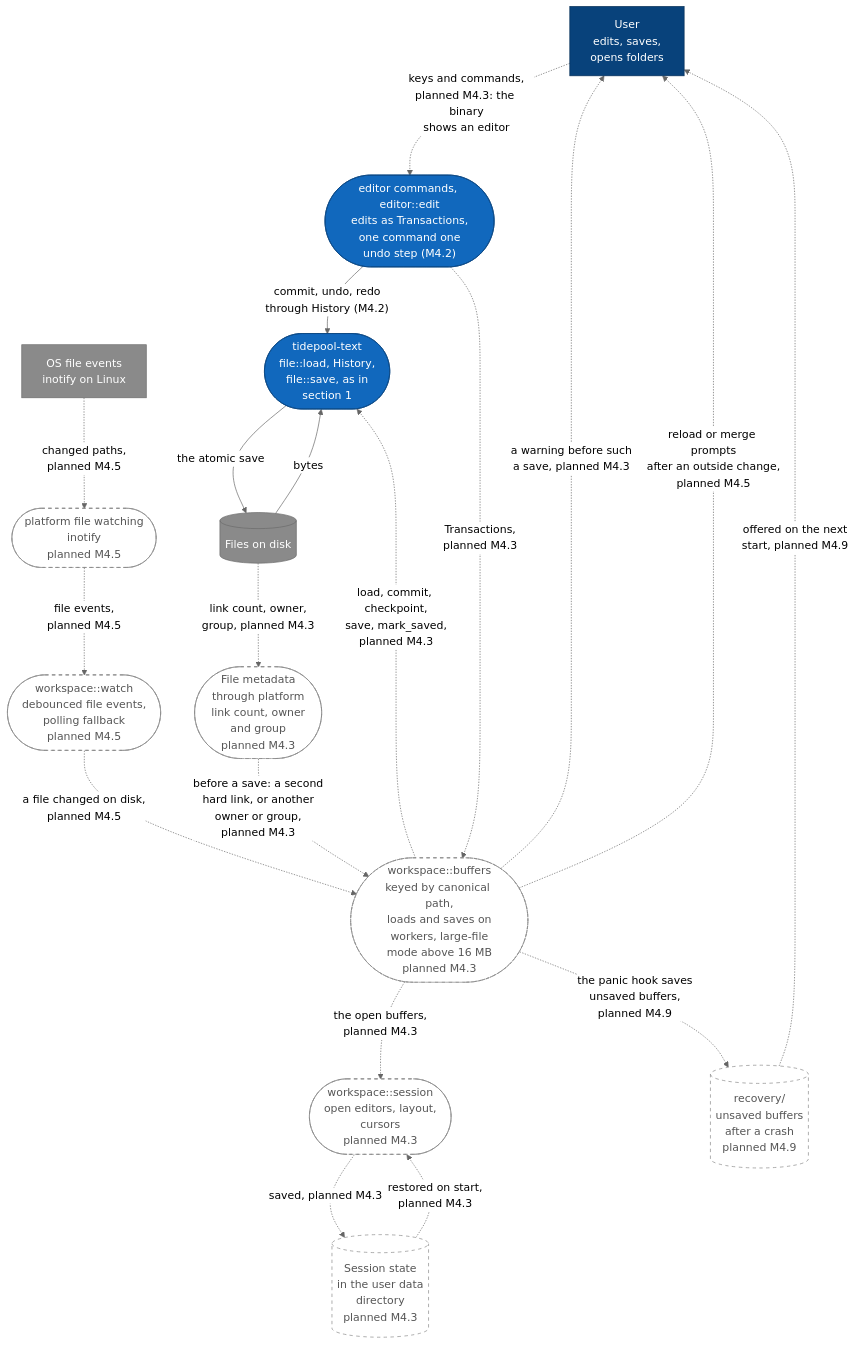
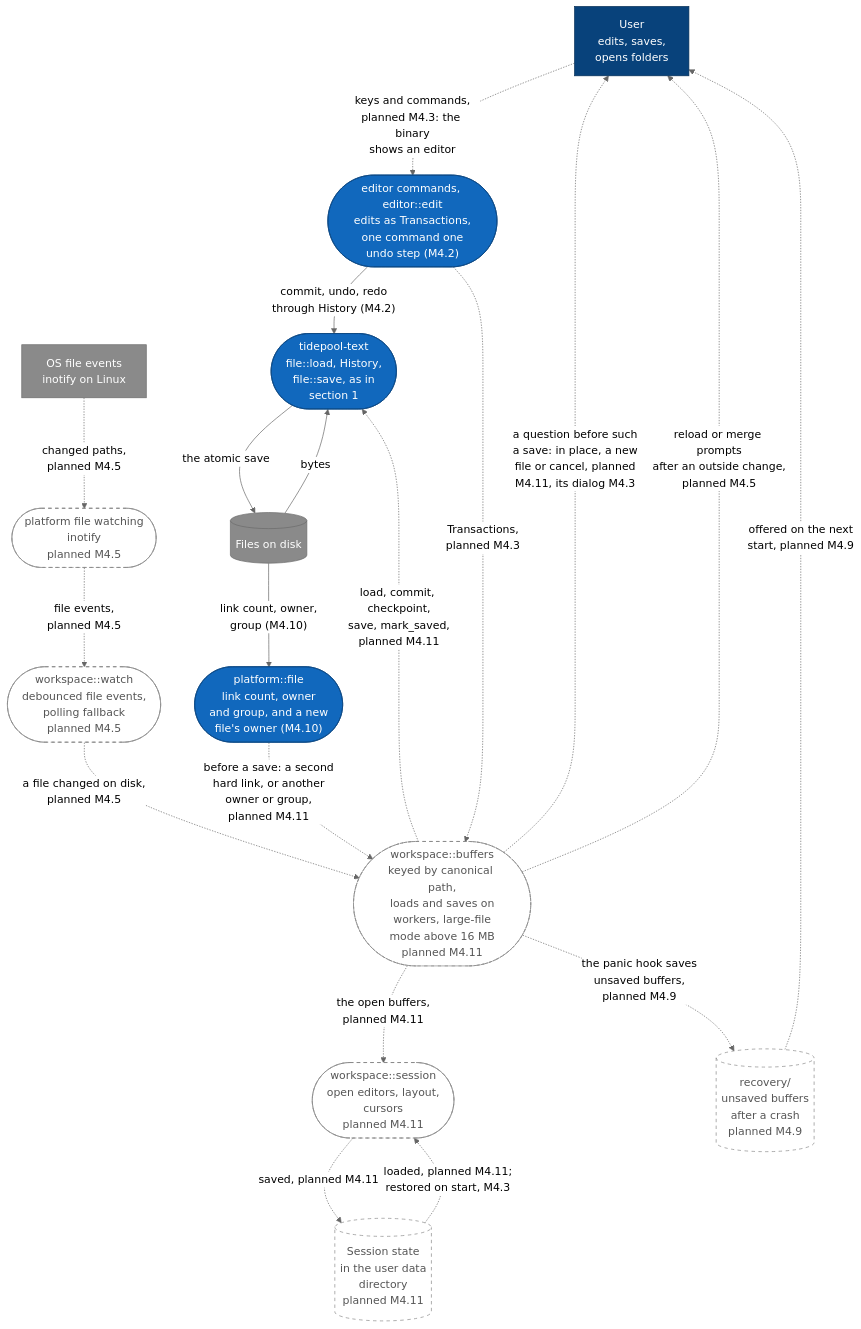
The second of 19 diagrams in diagrams/data-flow-and-state.md (jabbott-iii/Tidepool), drawn with Mermaid (neutral theme) before and after one commit. The commit also changed other lines of this file and 28 other files, not shown here.

First line of the commit message:
feat(platform,sys): file metadata for saves (M4.10, ADR-0068)

````diff
--- a/diagrams/data-flow-and-state.md
+++ b/diagrams/data-flow-and-state.md
@@ -103,44 +104,44 @@
 ```mermaid
 flowchart TB
     user["User<br/>edits, saves,<br/>opens folders"]
     fsEvents["OS file events<br/>inotify on Linux"]
     disk[("Files on disk")]
     text(["tidepool-text<br/>file::load, History,<br/>file::save, as in<br/>section 1"])
     cmds(["editor commands, editor::edit<br/>edits as Transactions,<br/>one command one<br/>undo step (M4.2)"])
-    buffers(["workspace::buffers<br/>keyed by canonical path,<br/>loads and saves on<br/>workers, large-file<br/>mode above 16 MB<br/>planned M4.3"])
-    meta(["File metadata<br/>through platform<br/>link count, owner<br/>and group<br/>planned M4.3"])
+    buffers(["workspace::buffers<br/>keyed by canonical path,<br/>loads and saves on<br/>workers, large-file<br/>mode above 16 MB<br/>planned M4.11"])
+    meta(["platform::file<br/>link count, owner<br/>and group, and a new<br/>file's owner (M4.10)"])
     watcher(["platform file watching<br/>inotify<br/>planned M4.5"])
     watch(["workspace::watch<br/>debounced file events,<br/>polling fallback<br/>planned M4.5"])
-    session(["workspace::session<br/>open editors, layout,<br/>cursors<br/>planned M4.3"])
-    sessionStore[("Session state<br/>in the user data<br/>directory<br/>planned M4.3")]
+    session(["workspace::session<br/>open editors, layout,<br/>cursors<br/>planned M4.11"])
+    sessionStore[("Session state<br/>in the user data<br/>directory<br/>planned M4.11")]
     recovery[("recovery/<br/>unsaved buffers<br/>after a crash<br/>planned M4.9")]
 
     user -.->|"keys and commands,<br/>planned M4.3: the binary<br/>shows an editor"| cmds
     cmds -->|"commit, undo, redo<br/>through History (M4.2)"| text
     cmds -.->|"Transactions,<br/>planned M4.3"| buffers
-    buffers -.->|"load, commit, checkpoint,<br/>save, mark_saved,<br/>planned M4.3"| text
+    buffers -.->|"load, commit, checkpoint,<br/>save, mark_saved,<br/>planned M4.11"| text
     disk -->|"bytes"| text
     text -->|"the atomic save"| disk
-    disk -.->|"link count, owner,<br/>group, planned M4.3"| meta
-    meta -.->|"before a save: a second<br/>hard link, or another<br/>owner or group,<br/>planned M4.3"| buffers
-    buffers -.->|"a warning before such<br/>a save, planned M4.3"| user
+    disk -->|"link count, owner,<br/>group (M4.10)"| meta
+    meta -.->|"before a save: a second<br/>hard link, or another<br/>owner or group,<br/>planned M4.11"| buffers
+    buffers -.->|"a question before such<br/>a save: in place, a new<br/>file or cancel, planned<br/>M4.11, its dialog M4.3"| user
     buffers -.->|"reload or merge prompts<br/>after an outside change,<br/>planned M4.5"| user
     fsEvents -.->|"changed paths,<br/>planned M4.5"| watcher
     watcher -.->|"file events,<br/>planned M4.5"| watch
     watch -.->|"a file changed on disk,<br/>planned M4.5"| buffers
-    buffers -.->|"the open buffers,<br/>planned M4.3"| session
-    session -.->|"saved, planned M4.3"| sessionStore
-    sessionStore -.->|"restored on start,<br/>planned M4.3"| session
+    buffers -.->|"the open buffers,<br/>planned M4.11"| session
+    session -.->|"saved, planned M4.11"| sessionStore
+    sessionStore -.->|"loaded, planned M4.11;<br/>restored on start, M4.3"| session
     buffers -.->|"the panic hook saves<br/>unsaved buffers,<br/>planned M4.9"| recovery
     recovery -.->|"offered on the next<br/>start, planned M4.9"| user
 
     classDef person fill:#08427b,stroke:#052e56,color:#ffffff
     classDef built fill:#1168bd,stroke:#0b4884,color:#ffffff
     classDef external fill:#8a8a8a,stroke:#6b6b6b,color:#ffffff
     classDef planned fill:#ffffff,stroke:#888888,stroke-dasharray: 5 5,color:#555555
     classDef store fill:#1168bd,stroke:#0b4884,color:#ffffff
     class user person
     class fsEvents,disk external
-    class text,cmds built
-    class buffers,meta,watcher,watch,session,sessionStore,recovery planned
+    class text,cmds,meta built
+    class buffers,watcher,watch,session,sessionStore,recovery planned
 ```
````
